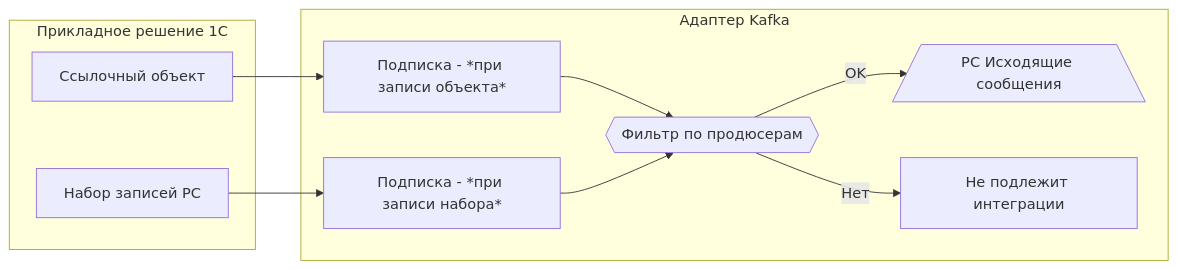
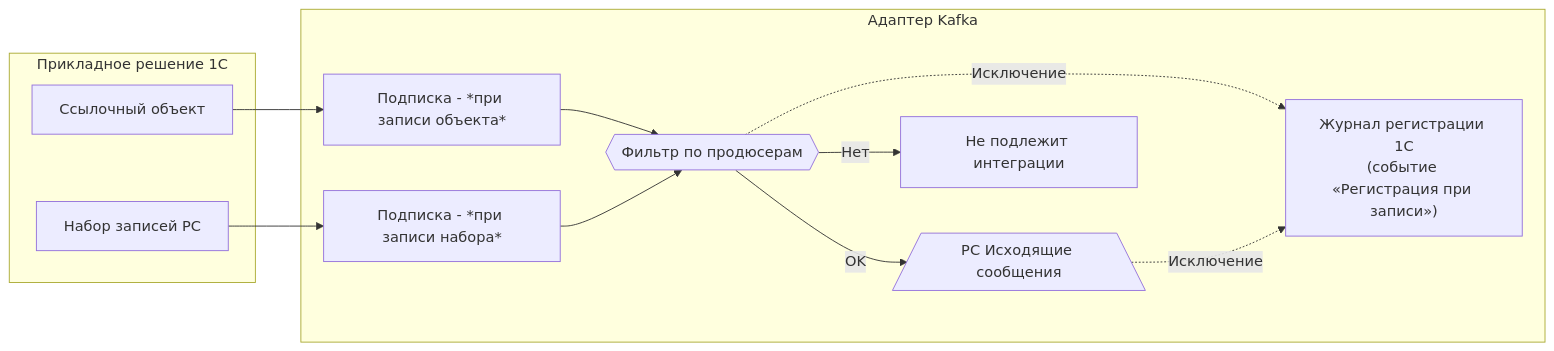
Before and after one commit to ShadobaAI/kafka-adapter: the first of 5 diagrams in docs/architecture.md, drawn with Mermaid. The commit also changed other lines of this file and 11 other files, not shown here.

````diff
--- a/docs/architecture.md
+++ b/docs/architecture.md
@@ -43,18 +46,21 @@
 ```mermaid
 flowchart LR
     subgraph OneC["Прикладное решение 1С"]
         DATA_REF["Ссылочный объект"]
         DATA_TAB["Набор записей РС"]
     end
     subgraph Adapter["Адаптер Kafka"]
         EVENT_REF["Подписка - *при записи объекта*"]
         EVENT_TAB["Подписка - *при записи набора*"]
         FILTER{{Фильтр по продюсерам}}
         STORAG[/"РС Исходящие сообщения"\]
         DROP["Не подлежит интеграции"]
+        ERR["Журнал регистрации 1С\n(событие «Регистрация при записи»)"]
     end
     DATA_REF --> EVENT_REF --> FILTER
     DATA_TAB --> EVENT_TAB --> FILTER
     FILTER -->|OK| STORAG
     FILTER -->|Нет| DROP
+    FILTER -.->|Исключение| ERR
+    STORAG -.->|Исключение| ERR
 ```
````
